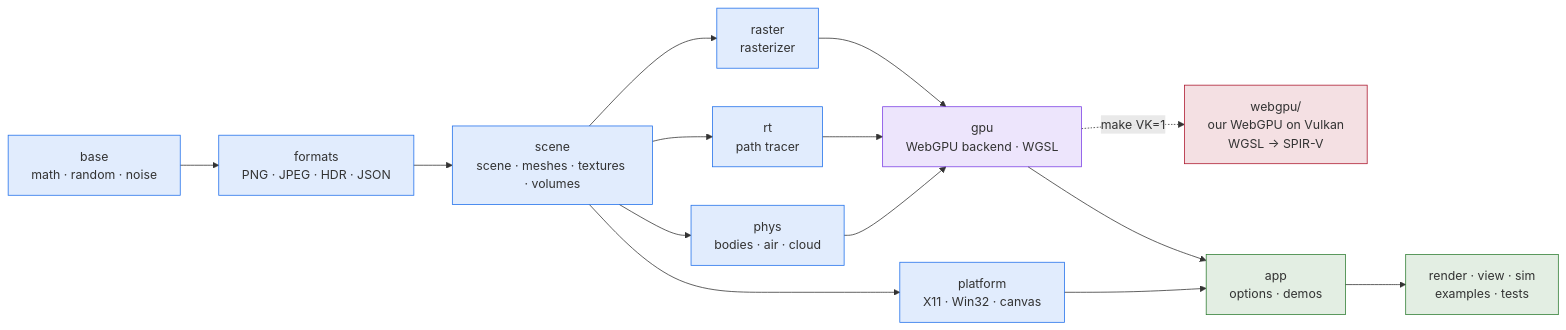
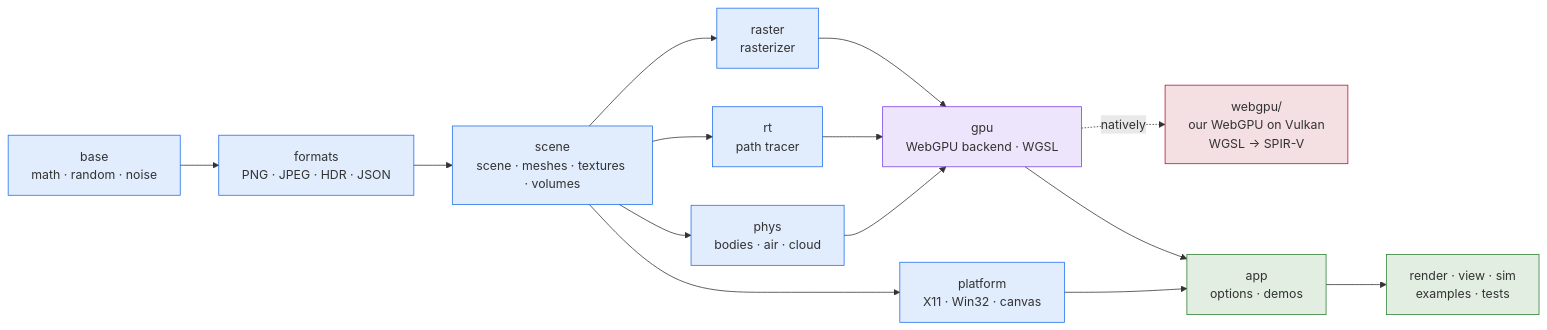
The diagram in README.md (logicesecutor/little_renderer), drawn with Mermaid before and after one commit. The commit also changed other lines of this file and 5 other files, not shown here.

First line of the commit message:
Docs: one native GPU, our Vulkan layer (README, USAGE, VULKAN, STATUS, WEB, PHYSICS)

````diff
--- a/README.md
+++ b/README.md
@@ -176,25 +172,25 @@
 ```mermaid
 flowchart LR
     base["base<br/>math · random · noise"] --> formats["formats<br/>PNG · JPEG · HDR · JSON"]
     formats --> scene["scene<br/>scene · meshes · textures · volumes"]
     scene --> raster["raster<br/>rasterizer"]
     scene --> rt["rt<br/>path tracer"]
     scene --> phys["phys<br/>bodies · air · cloud"]
     scene --> platform["platform<br/>X11 · Win32 · canvas"]
     raster --> gpu["gpu<br/>WebGPU backend · WGSL"]
     rt --> gpu
     phys --> gpu
-    gpu -.->|make VK=1| vk["webgpu/<br/>our WebGPU on Vulkan<br/>WGSL → SPIR-V"]
+    gpu -.->|natively| vk["webgpu/<br/>our WebGPU on Vulkan<br/>WGSL → SPIR-V"]
     gpu --> app["app<br/>options · demos"]
     platform --> app
     app --> programs["render · view · sim<br/>examples · tests"]
 
     classDef layerCpu fill:#1f6feb22,stroke:#1f6feb
     classDef layerGpu fill:#7b3fe422,stroke:#7b3fe4
     classDef layerVk fill:#ac162c22,stroke:#ac162c
     classDef layerOut fill:#2e7d3222,stroke:#2e7d32
     class base,formats,scene,raster,rt,phys,platform layerCpu
     class gpu layerGpu
     class vk layerVk
     class app,programs layerOut
 ```
````
